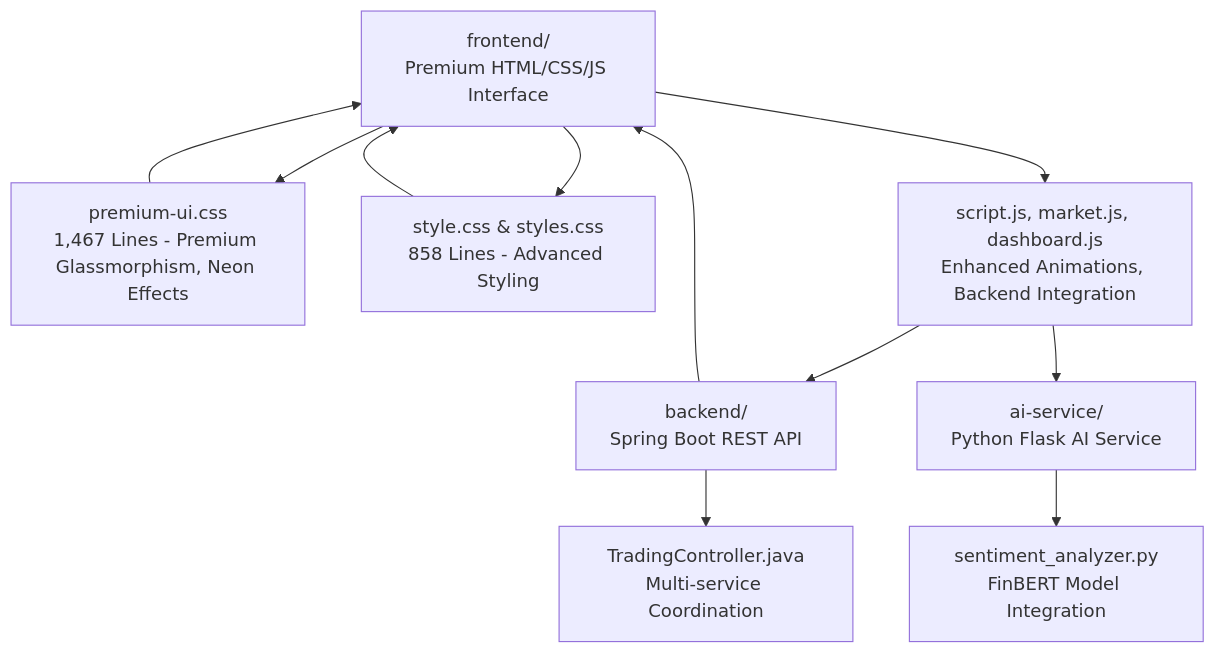
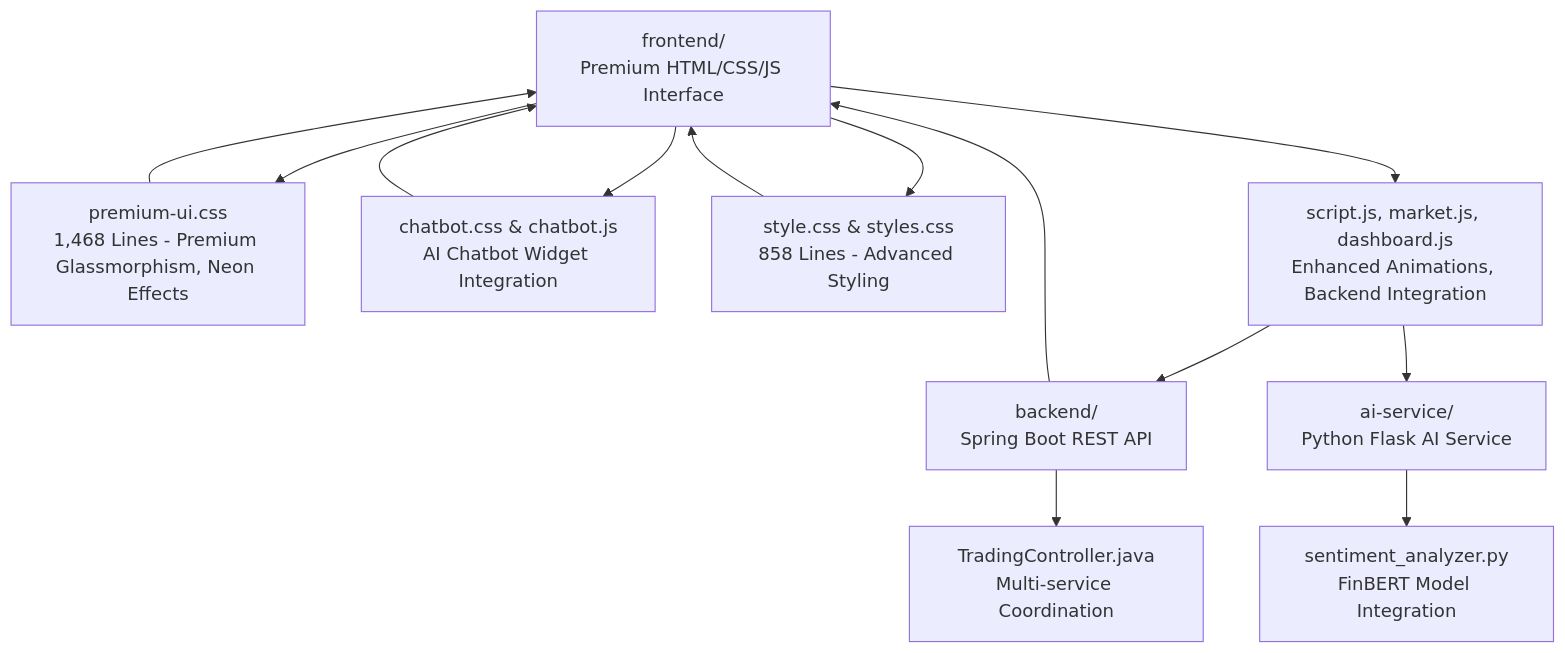
Before and after one commit to ayushtiwari1526/TheReinforcers_AyushTiwari: the first of 4 diagrams in .qoder/repowiki/en/content/Styling and Visual Design.md, drawn with Mermaid. The commit also changed other lines of this file and 9 other files, not shown here.

````diff
--- a/.qoder/repowiki/en/content/Styling and Visual Design.md
+++ b/.qoder/repowiki/en/content/Styling and Visual Design.md
@@ -48,13 +51,15 @@
 ```mermaid
 graph TB
-Frontend["frontend/<br/>Premium HTML/CSS/JS Interface"] --> PremiumUI["premium-ui.css<br/>1,467 Lines - Premium Glassmorphism, Neon Effects"]
+Frontend["frontend/<br/>Premium HTML/CSS/JS Interface"] --> PremiumUI["premium-ui.css<br/>1,468 Lines - Premium Glassmorphism, Neon Effects"]
+Frontend --> Chatbot["chatbot.css & chatbot.js<br/>AI Chatbot Widget Integration"]
 Frontend --> Styles["style.css & styles.css<br/>858 Lines - Advanced Styling"]
 Frontend --> Scripts["script.js, market.js, dashboard.js<br/>Enhanced Animations, Backend Integration"]
 Backend["backend/<br/>Spring Boot REST API"] --> Controller["TradingController.java<br/>Multi-service Coordination"]
 AI["ai-service/<br/>Python Flask AI Service"] --> Models["sentiment_analyzer.py<br/>FinBERT Model Integration"]
 PremiumUI --> Frontend
+Chatbot --> Frontend
 Styles --> Frontend
 Scripts --> Backend
 Scripts --> AI
 Backend --> Frontend
 ```
````
